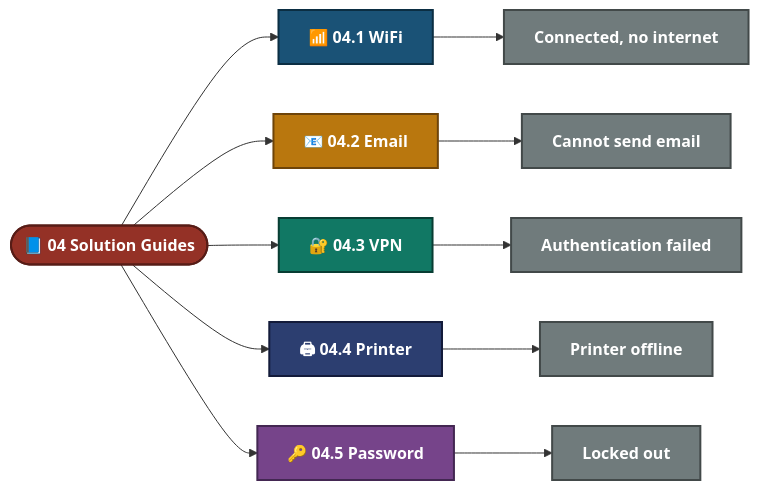
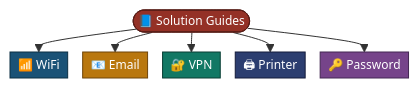
One commit to malaika-azhar/Customer-Tech-Support-Portfolio changed the diagram in 04-Solution-guides/INDEX.md. Above: the diagram before and after it, drawn with Mermaid.

````diff
--- a/04-Solution-guides/INDEX.md
+++ b/04-Solution-guides/INDEX.md
@@ -9,21 +9,16 @@
 ```mermaid
-flowchart LR
-    R(["📘 04 Solution Guides"]):::root --> G1["📶 04.1 WiFi"]:::g1
-    R --> G2["📧 04.2 Email"]:::g2
-    R --> G3["🔐 04.3 VPN"]:::g3
-    R --> G4["🖨 04.4 Printer"]:::g4
-    R --> G5["🔑 04.5 Password"]:::g5
-    G1 --> S1["Connected, no internet"]:::sym
-    G2 --> S2["Cannot send email"]:::sym
-    G3 --> S3["Authentication failed"]:::sym
-    G4 --> S4["Printer offline"]:::sym
-    G5 --> S5["Locked out"]:::sym
+%%{init: {'themeVariables': {'fontSize': '12px'}, 'flowchart': {'nodeSpacing': 15, 'rankSpacing': 20, 'padding': 4}}}%%
+flowchart TD
+    R(["📘 Solution Guides"]):::root --> G1["📶 WiFi"]:::g1
+    R --> G2["📧 Email"]:::g2
+    R --> G3["🔐 VPN"]:::g3
+    R --> G4["🖨 Printer"]:::g4
+    R --> G5["🔑 Password"]:::g5
 
-    classDef root fill:#943126,stroke:#571C16,stroke-width:2px,color:#FFFFFF,font-weight:bold
-    classDef g1 fill:#1A5276,stroke:#0B2E43,stroke-width:2px,color:#FFFFFF,font-weight:bold
-    classDef g2 fill:#B9770E,stroke:#6E4409,stroke-width:2px,color:#FFFFFF,font-weight:bold
-    classDef g3 fill:#117864,stroke:#083D33,stroke-width:2px,color:#FFFFFF,font-weight:bold
-    classDef g4 fill:#2C3E70,stroke:#131B3A,stroke-width:2px,color:#FFFFFF,font-weight:bold
-    classDef g5 fill:#76448A,stroke:#432752,stroke-width:2px,color:#FFFFFF,font-weight:bold
-    classDef sym fill:#707B7C,stroke:#424949,stroke-width:2px,color:#FFFFFF
+    classDef root fill:#943126,stroke:#571C16,stroke-width:1px,color:#FFFFFF
+    classDef g1 fill:#1A5276,stroke:#0B2E43,stroke-width:1px,color:#FFFFFF
+    classDef g2 fill:#B9770E,stroke:#6E4409,stroke-width:1px,color:#FFFFFF
+    classDef g3 fill:#117864,stroke:#083D33,stroke-width:1px,color:#FFFFFF
+    classDef g4 fill:#2C3E70,stroke:#131B3A,stroke-width:1px,color:#FFFFFF
+    classDef g5 fill:#76448A,stroke:#432752,stroke-width:1px,color:#FFFFFF
 ```
````
